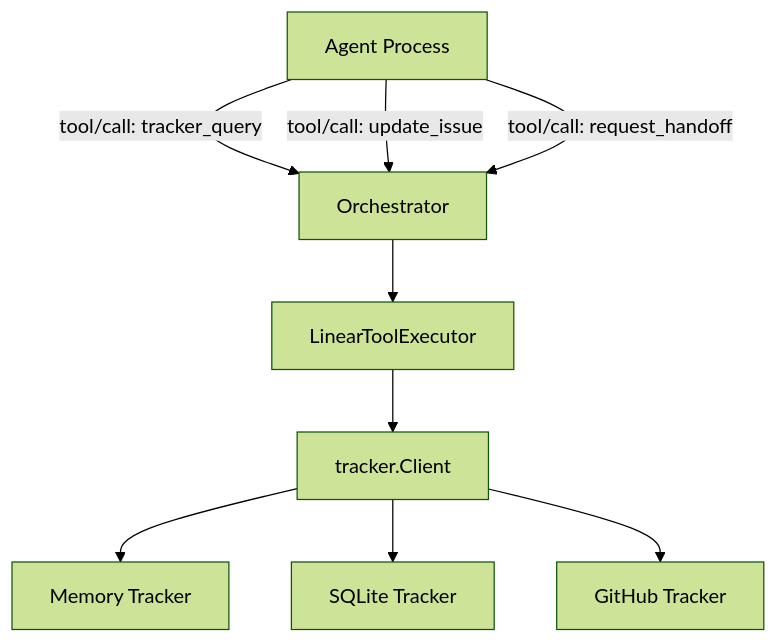
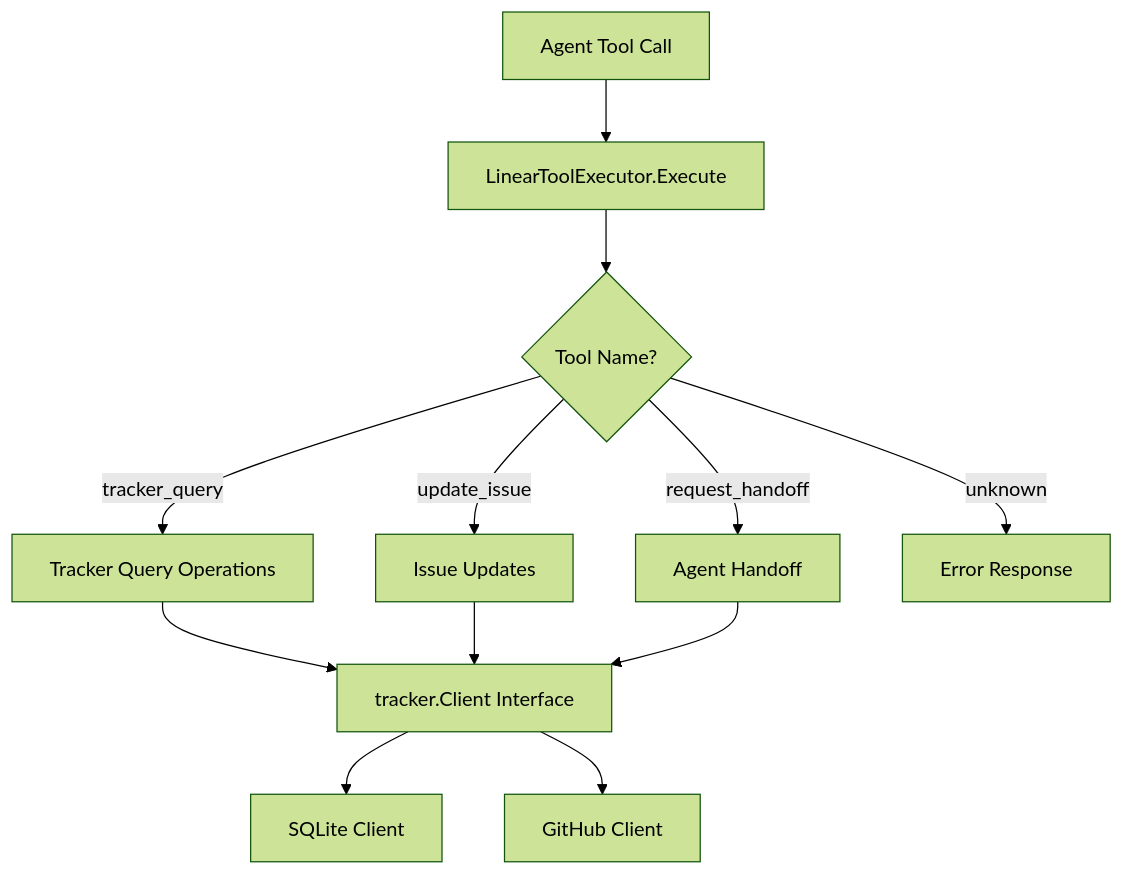
One commit to bradAGI/Orchestra changed the diagram in docs/backend/tools.md. Above: the diagram before and after it, drawn with Mermaid (forest theme). The commit also changed other lines of this file and 6 other files, not shown here.

````diff
--- a/docs/backend/tools.md
+++ b/docs/backend/tools.md
@@ -125,13 +15,16 @@
 ```mermaid
-graph TD
-    A[Agent Process] -->|tool/call: tracker_query| O[Orchestrator]
-    A -->|tool/call: update_issue| O
-    A -->|tool/call: request_handoff| O
+flowchart TD
+    A[Agent Tool Call] --> B[LinearToolExecutor.Execute]
+    B --> C{Tool Name?}
+    C -->|tracker_query| D[Tracker Query Operations]
+    C -->|update_issue| E[Issue Updates]
+    C -->|request_handoff| F[Agent Handoff]
+    C -->|unknown| G[Error Response]
 
-    O --> TE[LinearToolExecutor]
-    TE --> TC[tracker.Client]
+    D --> H[tracker.Client Interface]
+    E --> H
+    F --> H
 
-    TC --> M[Memory Tracker]
-    TC --> S[SQLite Tracker]
-    TC --> G[GitHub Tracker]
+    H --> I[SQLite Client]
+    H --> J[GitHub Client]
 ```
````
